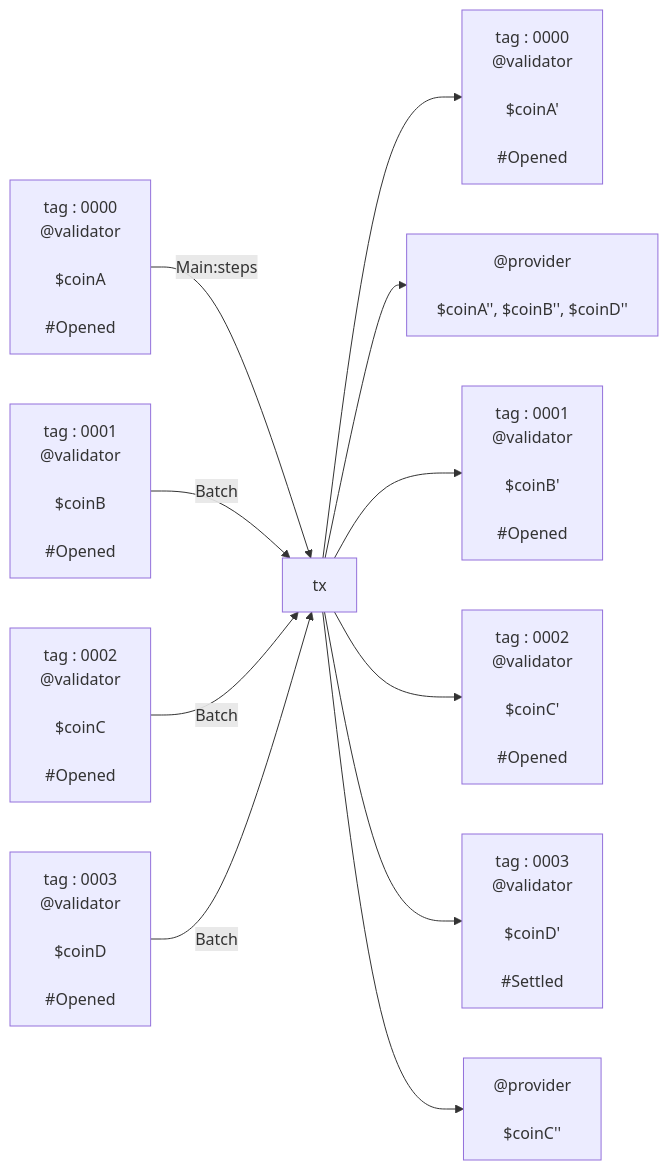
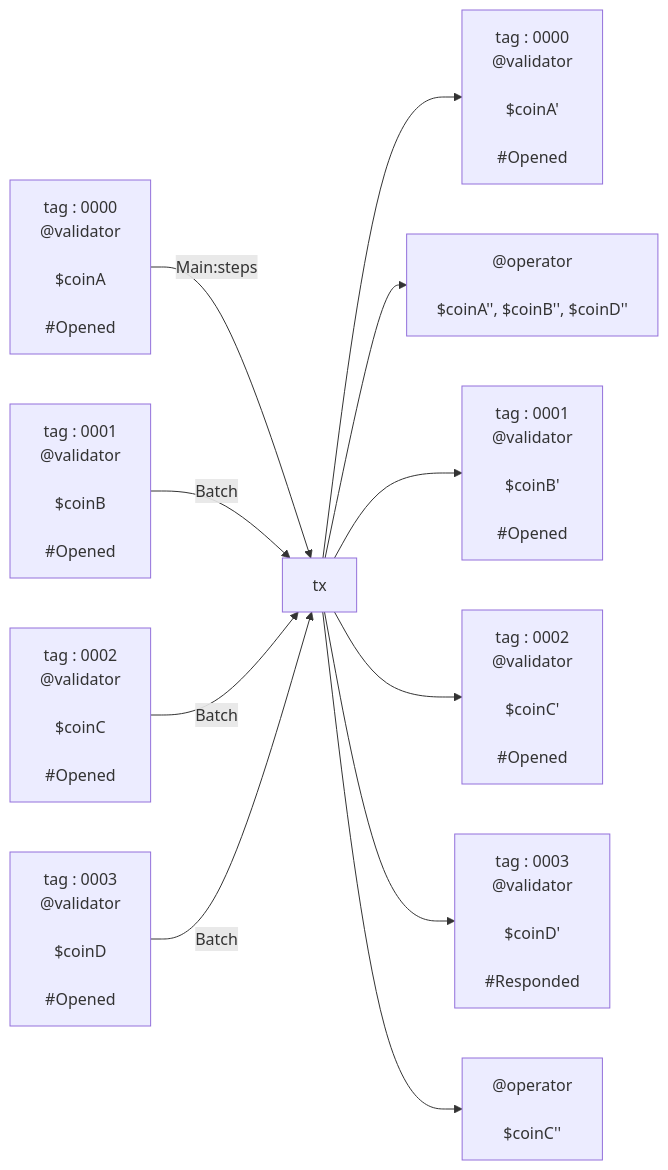
Before and after one commit to cardano-lightning/konduit: diagram 11 of 12 in docs/design/requirements/31_kernel.md, drawn with Mermaid. The commit also changed other lines of this file, not shown here.

````diff
--- a/docs/design/requirements/31_kernel.md
+++ b/docs/design/requirements/31_kernel.md
@@ -783,78 +899,78 @@
 ```mermaid
 flowchart LR
     i_channel_0["
       tag : 0000
       @validator \n
       $coinA \n
       #Opened
     "]
 
     i_channel_1["
       tag : 0001
       @validator \n
       $coinB \n
       #Opened
     "]
 
     i_channel_2["
       tag : 0002
       @validator \n
       $coinC \n
       #Opened
     "]
 
     i_channel_3["
       tag : 0003
       @validator \n
       $coinD \n
       #Opened
     "]
 
     m["tx"]
 
     o_channel_0["
       tag : 0000
       @validator \n
       $coinA' \n
       #Opened
     "]
 
-    o_provider_0["
-      @provider \n
+    o_operator_0["
+      @operator \n
       $coinA'', $coinB'', $coinD''\n
     "]
 
     o_channel_1["
       tag : 0001
       @validator \n
       $coinB' \n
       #Opened
     "]
 
     o_channel_2["
       tag : 0002
       @validator \n
       $coinC' \n
       #Opened
     "]
 
     o_channel_3["
       tag : 0003
       @validator \n
       $coinD' \n
-      #Settled
+      #Responded
     "]
 
-    o_provider_1["
-      @provider \n
+    o_operator_1["
+      @operator \n
       $coinC''\n
     "]
 
 
     i_channel_0 -->|Main:steps| m --> o_channel_0
-    m --> o_provider_0
+    m --> o_operator_0
     i_channel_1 -->|Batch| m --> o_channel_1
     i_channel_2 -->|Batch| m --> o_channel_2
     i_channel_3 -->|Batch| m --> o_channel_3
-    m --> o_provider_1
+    m --> o_operator_1
 ```
````
